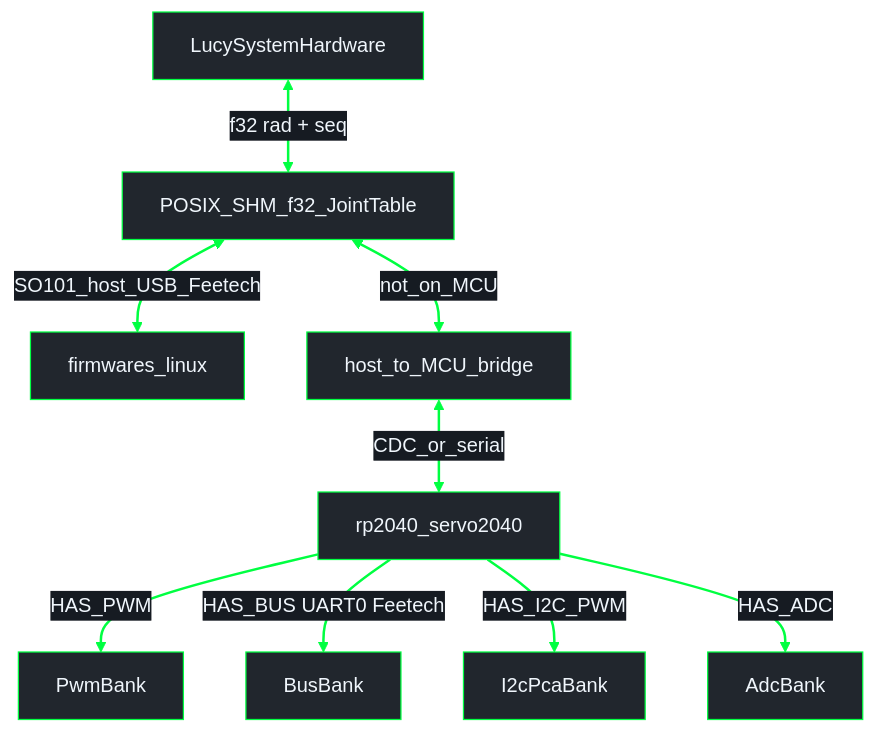
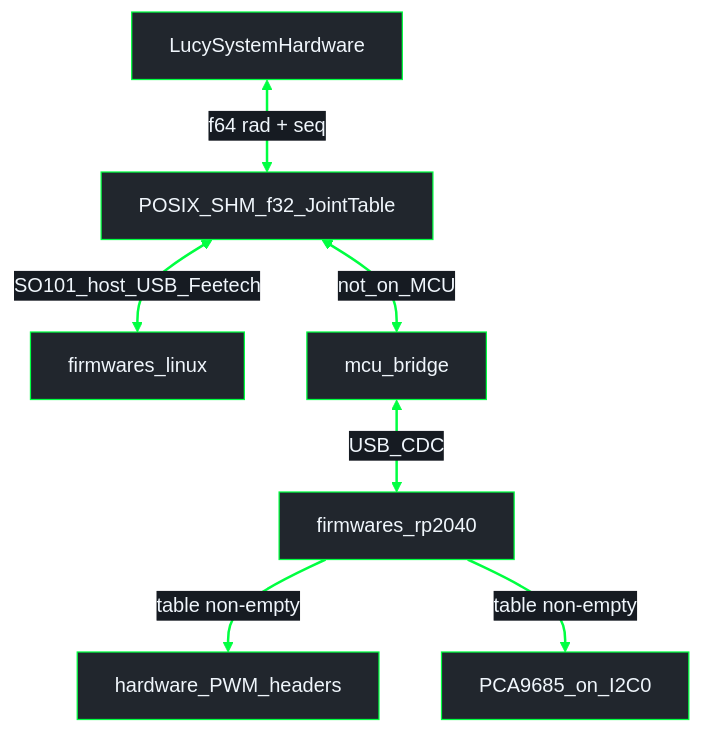
One commit to Lucy-Robotics/lucy_embedded_firmware changed the first of 2 diagrams in docs/architecture/firmware.md. Above: the diagram before and after it, drawn with Mermaid. The commit also changed other lines of this file, not shown here.

Commit message:
evol(docs): document Servo2040 plugs hardware PWM and PCA

````diff
--- a/docs/architecture/firmware.md
+++ b/docs/architecture/firmware.md
@@ -14,18 +14,16 @@
 ```mermaid
 %%{init: {"theme": "base", "themeVariables": {"darkMode": true, "background": "#0d1117", "mainBkg": "#21262d", "primaryColor": "#21262d", "primaryTextColor": "#f0f6fc", "primaryBorderColor": "#00FF41", "secondaryColor": "#161b22", "secondaryTextColor": "#f0f6fc", "secondaryBorderColor": "#00FF41", "tertiaryColor": "#161b22", "tertiaryTextColor": "#f0f6fc", "tertiaryBorderColor": "#00FF41", "lineColor": "#00FF41", "textColor": "#f0f6fc", "nodeTextColor": "#f0f6fc", "edgeLabelBackground": "#161b22", "clusterBkg": "#0d1117", "clusterBorder": "#00FF41", "titleColor": "#f0f6fc"}}}%%
 flowchart TB
   HI["LucySystemHardware"]
   SHM["POSIX_SHM_f32_JointTable"]
   LinuxFW["firmwares_linux"]
-  Bridge["host_to_MCU_bridge"]
-  S2040["rp2040_servo2040"]
-  HI <-->|"f32 rad + seq"| SHM
+  Bridge["mcu_bridge"]
+  S2040["firmwares_rp2040"]
+  HI <-->|"f64 rad + seq"| SHM
   SHM <-->|"SO101_host_USB_Feetech"| LinuxFW
   SHM <-->|"not_on_MCU"| Bridge
-  Bridge <-->|"CDC_or_serial"| S2040
-  S2040 -->|"HAS_PWM"| PWM["PwmBank"]
-  S2040 -->|"HAS_BUS UART0 Feetech"| Bus["BusBank"]
-  S2040 -->|"HAS_I2C_PWM"| I2C["I2cPcaBank"]
-  S2040 -->|"HAS_ADC"| ADC["AdcBank"]
+  Bridge <-->|"USB_CDC"| S2040
+  S2040 -->|"table non-empty"| PWM["hardware_PWM_headers"]
+  S2040 -->|"table non-empty"| I2C["PCA9685_on_I2C0"]
   linkStyle default stroke:#00FF41,stroke-width:2px
 ```
````
